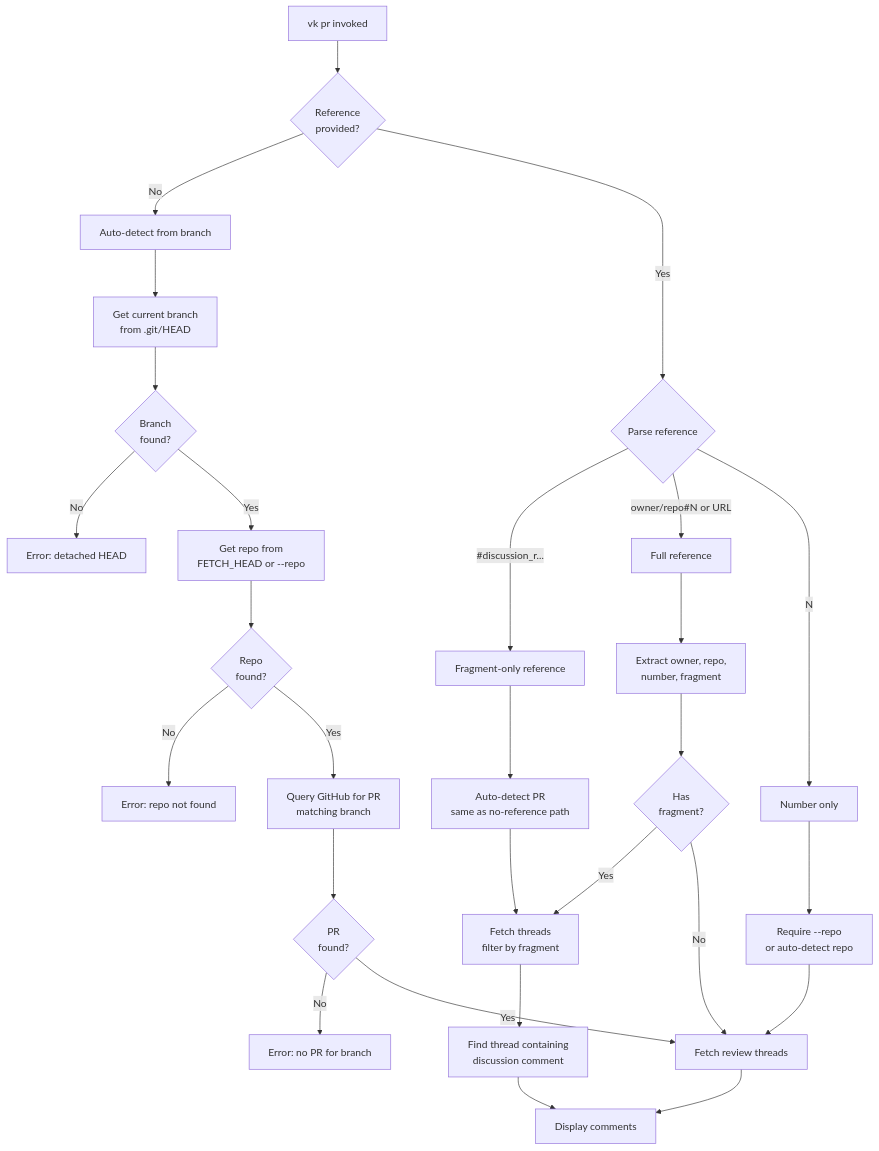
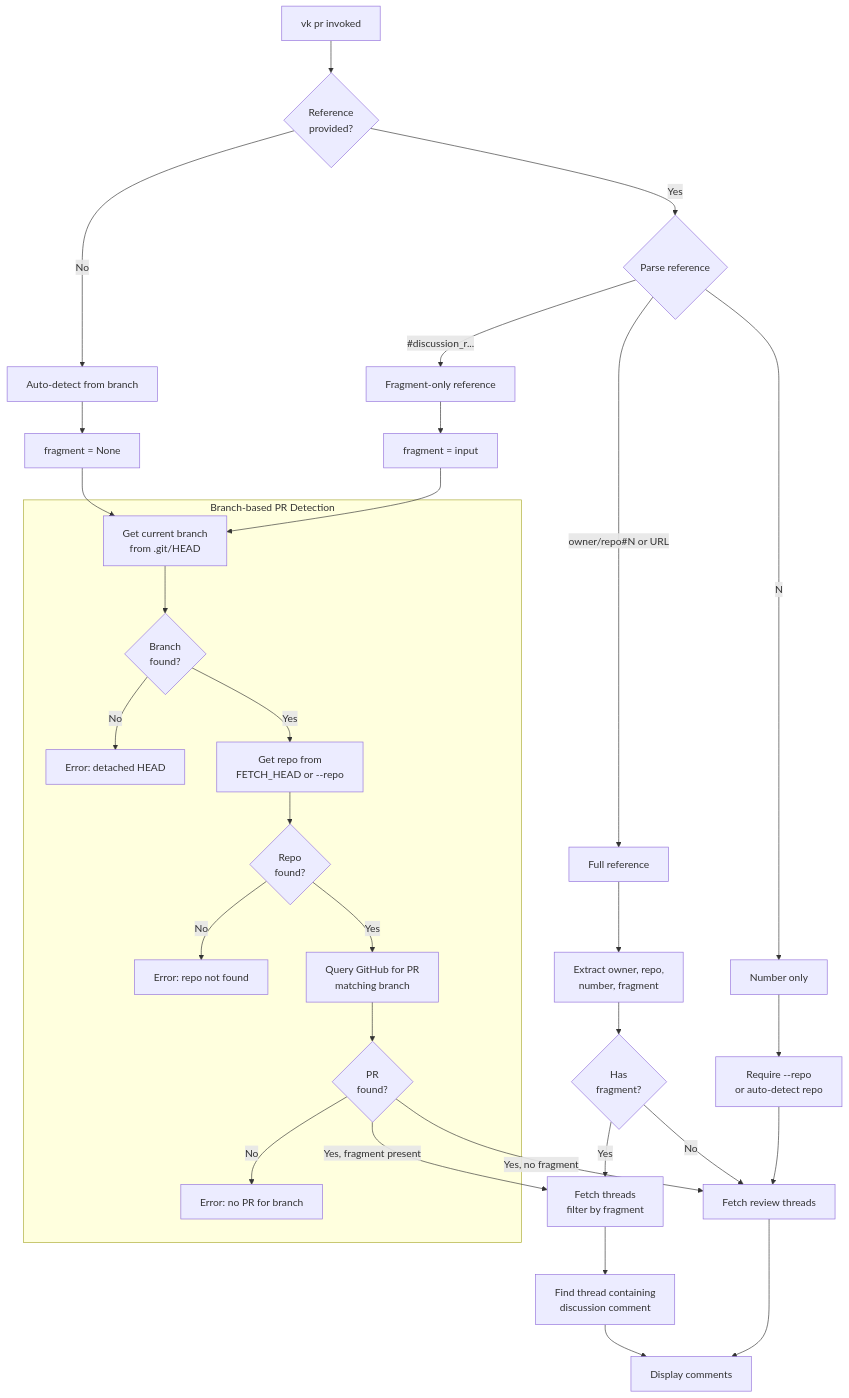
The fourth of 5 diagrams in docs/vk-design.md (leynos/vk), drawn with Mermaid before and after one commit.

Commit message:
Refactor PR resolution flowchart for accurate fragment handling
- Route FRAG_ONLY through shared branch detection subgraph instead
  of oversimplified direct path to FETCH_WITH_FRAG
- Add subgraph to encapsulate branch-based PR detection flow
- Track fragment state with SET_FRAG/SET_NO_FRAG nodes
- Split PR_FOUND into conditional paths based on fragment presence
- Both AUTO and FRAG_ONLY now use identical branch detection logic

🤖 Generated with [Claude Code](https://claude.com/claude-code)

````diff
--- a/docs/vk-design.md
+++ b/docs/vk-design.md
@@ -230,37 +230,44 @@
 ```mermaid
 flowchart TD
     START[vk pr invoked] --> CHECK_REF{Reference<br/>provided?}
 
     CHECK_REF -->|No| AUTO[Auto-detect from branch]
     CHECK_REF -->|Yes| PARSE_REF{Parse reference}
 
-    AUTO --> GET_BRANCH[Get current branch<br/>from .git/HEAD]
-    GET_BRANCH --> BRANCH_OK{Branch<br/>found?}
-    BRANCH_OK -->|No| ERR_DETACHED[Error: detached HEAD]
-    BRANCH_OK -->|Yes| GET_REPO[Get repo from<br/>FETCH_HEAD or --repo]
-    GET_REPO --> REPO_OK{Repo<br/>found?}
-    REPO_OK -->|No| ERR_REPO[Error: repo not found]
-    REPO_OK -->|Yes| QUERY_PR[Query GitHub for PR<br/>matching branch]
-    QUERY_PR --> PR_FOUND{PR<br/>found?}
-    PR_FOUND -->|No| ERR_NO_PR[Error: no PR for branch]
-    PR_FOUND -->|Yes| FETCH_THREADS
-
     PARSE_REF -->|"#discussion_r..."| FRAG_ONLY[Fragment-only reference]
     PARSE_REF -->|"owner/repo#N" or URL| FULL_REF[Full reference]
     PARSE_REF -->|"N"| NUMBER_ONLY[Number only]
 
-    FRAG_ONLY --> AUTO2[Auto-detect PR<br/>same as no-reference path]
-    AUTO2 --> FETCH_WITH_FRAG[Fetch threads<br/>filter by fragment]
+    AUTO --> SET_NO_FRAG[fragment = None]
+    FRAG_ONLY --> SET_FRAG[fragment = input]
+
+    subgraph branch_detect [Branch-based PR Detection]
+        GET_BRANCH[Get current branch<br/>from .git/HEAD]
+        GET_BRANCH --> BRANCH_OK{Branch<br/>found?}
+        BRANCH_OK -->|No| ERR_DETACHED[Error: detached HEAD]
+        BRANCH_OK -->|Yes| GET_REPO[Get repo from<br/>FETCH_HEAD or --repo]
+        GET_REPO --> REPO_OK{Repo<br/>found?}
+        REPO_OK -->|No| ERR_REPO[Error: repo not found]
+        REPO_OK -->|Yes| QUERY_PR[Query GitHub for PR<br/>matching branch]
+        QUERY_PR --> PR_FOUND{PR<br/>found?}
+        PR_FOUND -->|No| ERR_NO_PR[Error: no PR for branch]
+    end
+
+    SET_NO_FRAG --> GET_BRANCH
+    SET_FRAG --> GET_BRANCH
+
+    PR_FOUND -->|"Yes, fragment present"| FETCH_WITH_FRAG
+    PR_FOUND -->|"Yes, no fragment"| FETCH_THREADS
 
     FULL_REF --> EXTRACT[Extract owner, repo,<br/>number, fragment]
     EXTRACT --> HAS_FRAG{Has<br/>fragment?}
     HAS_FRAG -->|Yes| FETCH_WITH_FRAG
     HAS_FRAG -->|No| FETCH_THREADS
 
     NUMBER_ONLY --> NEED_REPO[Require --repo<br/>or auto-detect repo]
     NEED_REPO --> FETCH_THREADS
 
     FETCH_THREADS[Fetch review threads] --> DISPLAY[Display comments]
-    FETCH_WITH_FRAG --> FIND_THREAD[Find thread containing<br/>discussion comment]
+    FETCH_WITH_FRAG[Fetch threads<br/>filter by fragment] --> FIND_THREAD[Find thread containing<br/>discussion comment]
     FIND_THREAD --> DISPLAY
 ```
````
